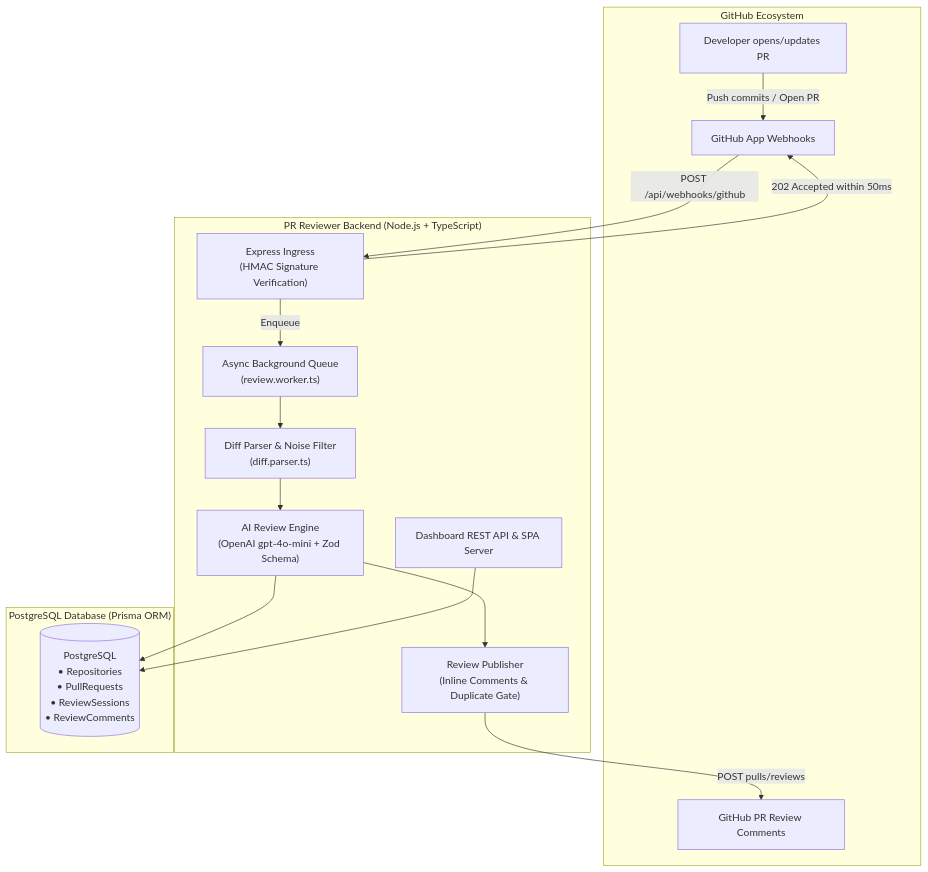
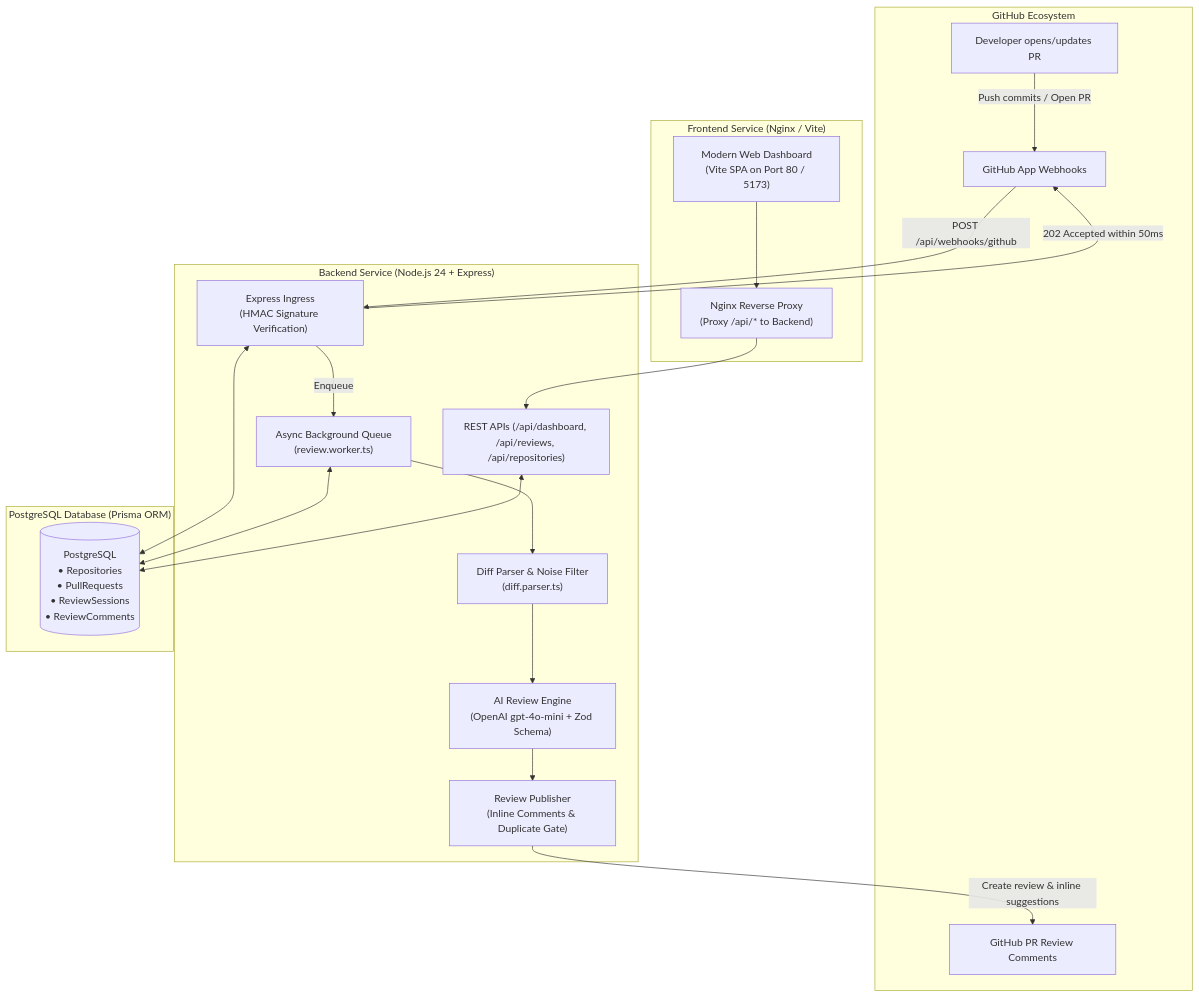
The diagram in README.md (bonssss/pr-reviewer), drawn with Mermaid before and after one commit. The commit also changed other lines of this file and 70 other files, not shown here.

First line of the commit message:
feat(architecture): separate backend and frontend into production-ready monorepo

````diff
--- a/README.md
+++ b/README.md
@@ -35,32 +69,41 @@
 ```mermaid
 flowchart TD
     subgraph GitHubPlatform["GitHub Ecosystem"]
         Dev[Developer opens/updates PR]
         GHApp[GitHub App Webhooks]
         GHReview[GitHub PR Review Comments]
     end
 
-    subgraph ServiceLayer["PR Reviewer Backend (Node.js + TypeScript)"]
+    subgraph Frontend["Frontend Service (Nginx / Vite)"]
+        UI["Modern Web Dashboard\n(Vite SPA on Port 80 / 5173)"]
+        NginxProxy["Nginx Reverse Proxy\n(Proxy /api/* to Backend)"]
+    end
+
+    subgraph Backend["Backend Service (Node.js 24 + Express)"]
         Ingress["Express Ingress\n(HMAC Signature Verification)"]
         WorkerQueue["Async Background Queue\n(review.worker.ts)"]
         DiffEngine["Diff Parser & Noise Filter\n(diff.parser.ts)"]
         AIEngine["AI Review Engine\n(OpenAI gpt-4o-mini + Zod Schema)"]
         Publisher["Review Publisher\n(Inline Comments & Duplicate Gate)"]
-        DashboardAPI["Dashboard REST API & SPA Server"]
+        API["REST APIs (/api/dashboard, /api/reviews, /api/repositories)"]
     end
 
     subgraph DataStorage["PostgreSQL Database (Prisma ORM)"]
         DB[("PostgreSQL\n• Repositories\n• PullRequests\n• ReviewSessions\n• ReviewComments")]
     end
 
     Dev -->|Push commits / Open PR| GHApp
     GHApp -->|POST /api/webhooks/github| Ingress
     Ingress -->|202 Accepted within 50ms| GHApp
     Ingress -->|Enqueue| WorkerQueue
     WorkerQueue --> DiffEngine
     DiffEngine --> AIEngine
     AIEngine --> Publisher
-    AIEngine --> DB
-    Publisher -->|POST pulls/reviews| GHReview
-    DashboardAPI --> DB
+    Publisher -->|Create review & inline suggestions| GHReview
+
+    UI --> NginxProxy
+    NginxProxy --> API
+    Ingress <--> DB
+    WorkerQueue <--> DB
+    API <--> DB
 ```
````
